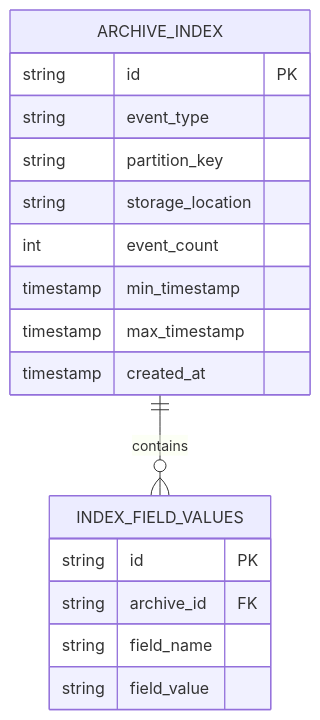
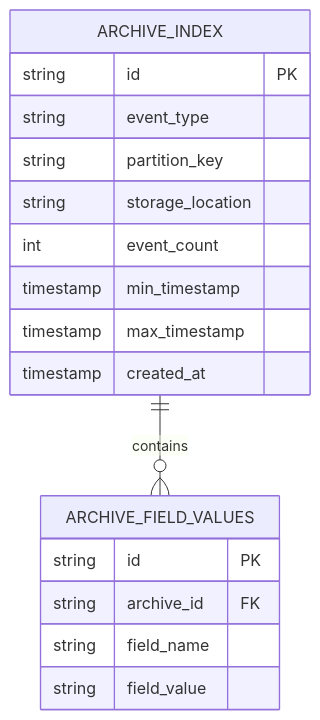
One commit to OneUptime/blog changed the second of 2 diagrams in posts/2026-01-30-event-archival/README.md. Above: the diagram before and after it, drawn with Mermaid. The commit also changed other lines of this file and 2 other files, not shown here.

````diff
--- a/posts/2026-01-30-event-archival/README.md
+++ b/posts/2026-01-30-event-archival/README.md
@@ -326,22 +334,22 @@
 ```mermaid
 erDiagram
     ARCHIVE_INDEX {
         string id PK
         string event_type
         string partition_key
         string storage_location
         int event_count
         timestamp min_timestamp
         timestamp max_timestamp
         timestamp created_at
     }
 
-    INDEX_FIELD_VALUES {
+    ARCHIVE_FIELD_VALUES {
         string id PK
         string archive_id FK
         string field_name
         string field_value
     }
 
-    ARCHIVE_INDEX ||--o{ INDEX_FIELD_VALUES : contains
+    ARCHIVE_INDEX ||--o{ ARCHIVE_FIELD_VALUES : contains
 ```
````
